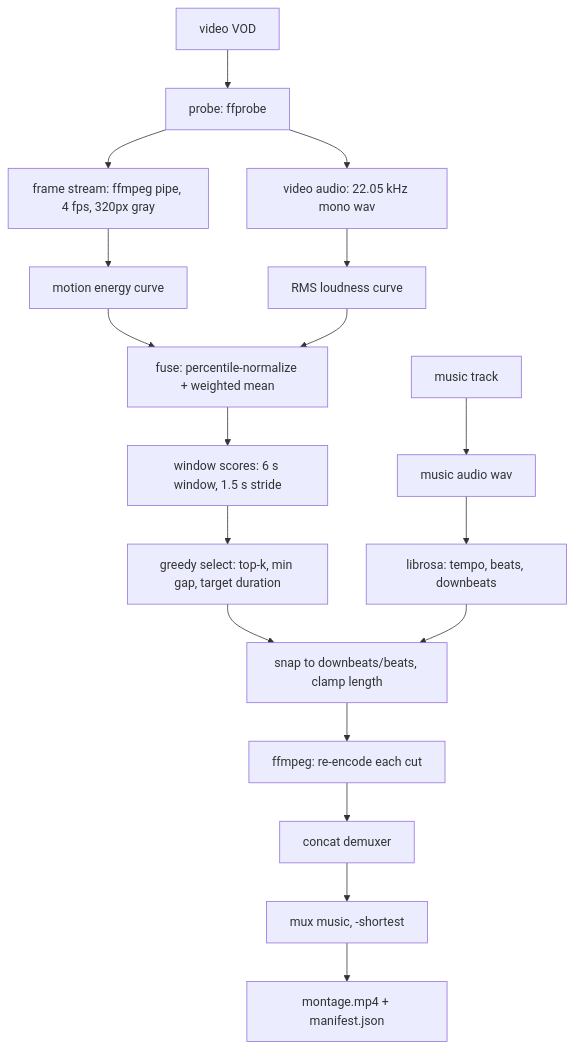
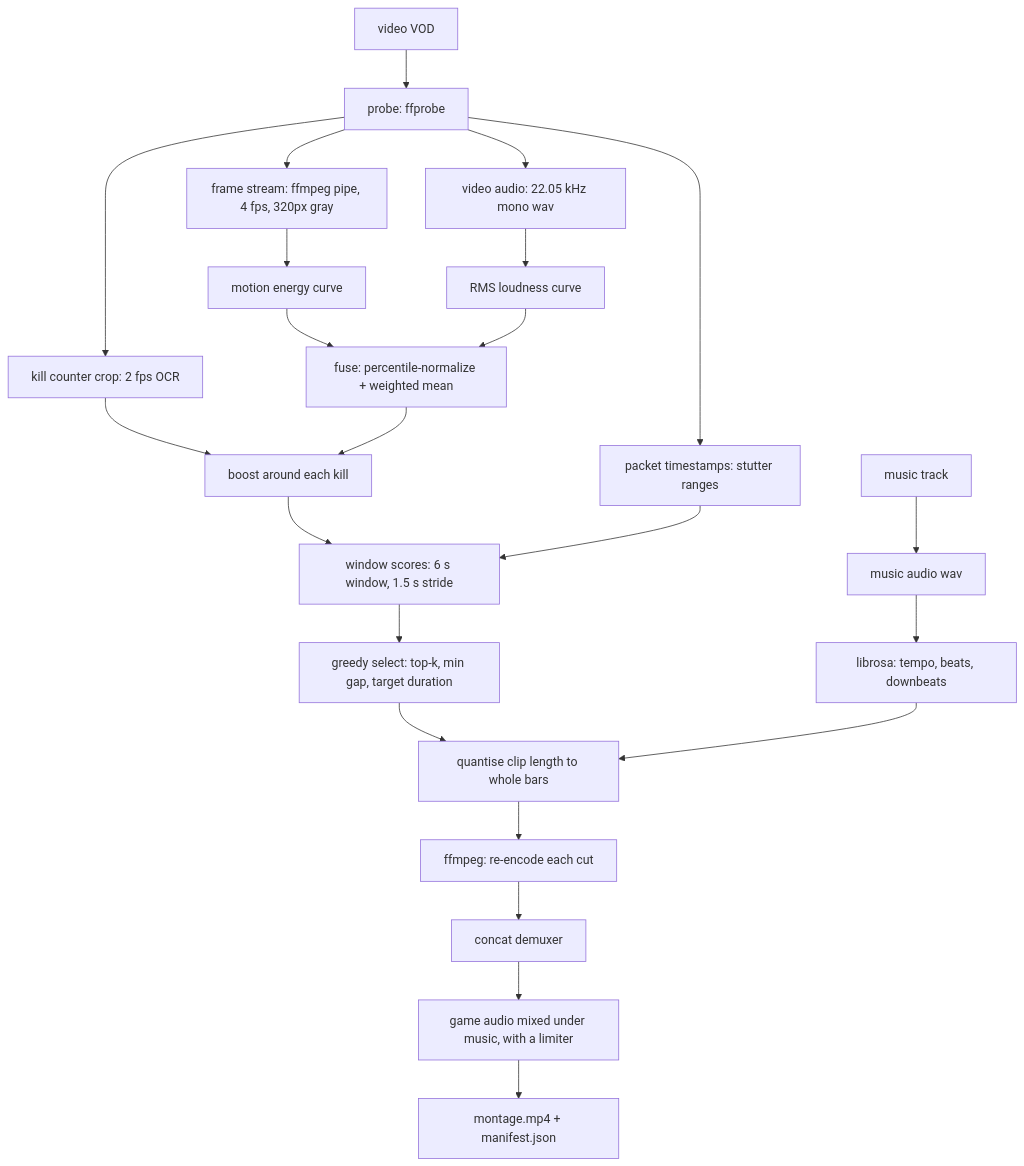
Before and after one commit to HoangThongTom/Beatcut: the diagram in docs/architecture.md, drawn with Mermaid. The commit also changed other lines of this file and 7 other files, not shown here.

````diff
--- a/docs/architecture.md
+++ b/docs/architecture.md
@@ -5,22 +7,28 @@
 ```mermaid
 flowchart TD
     V[video VOD] --> P[probe: ffprobe]
     P --> M[frame stream: ffmpeg pipe, 4 fps, 320px gray]
     P --> A[video audio: 22.05 kHz mono wav]
+    P --> K[kill counter crop: 2 fps OCR]
+    P --> Q[packet timestamps: stutter ranges]
+
     M --> MS[motion energy curve]
     A --> AS[RMS loudness curve]
 
     MU[music track] --> MA[music audio wav]
     MA --> B[librosa: tempo, beats, downbeats]
 
     MS --> F[fuse: percentile-normalize + weighted mean]
     AS --> F
-    F --> W[window scores: 6 s window, 1.5 s stride]
+    K --> KB[boost around each kill]
+    F --> KB
+    KB --> W[window scores: 6 s window, 1.5 s stride]
+    Q --> W
     W --> S[greedy select: top-k, min gap, target duration]
-    S --> G[snap to downbeats/beats, clamp length]
+    S --> G[quantise clip length to whole bars]
     B --> G
     G --> C[ffmpeg: re-encode each cut]
     C --> CC[concat demuxer]
-    CC --> X[mux music, -shortest]
+    CC --> X[game audio mixed under music, with a limiter]
     X --> O[montage.mp4 + manifest.json]
 ```
````
